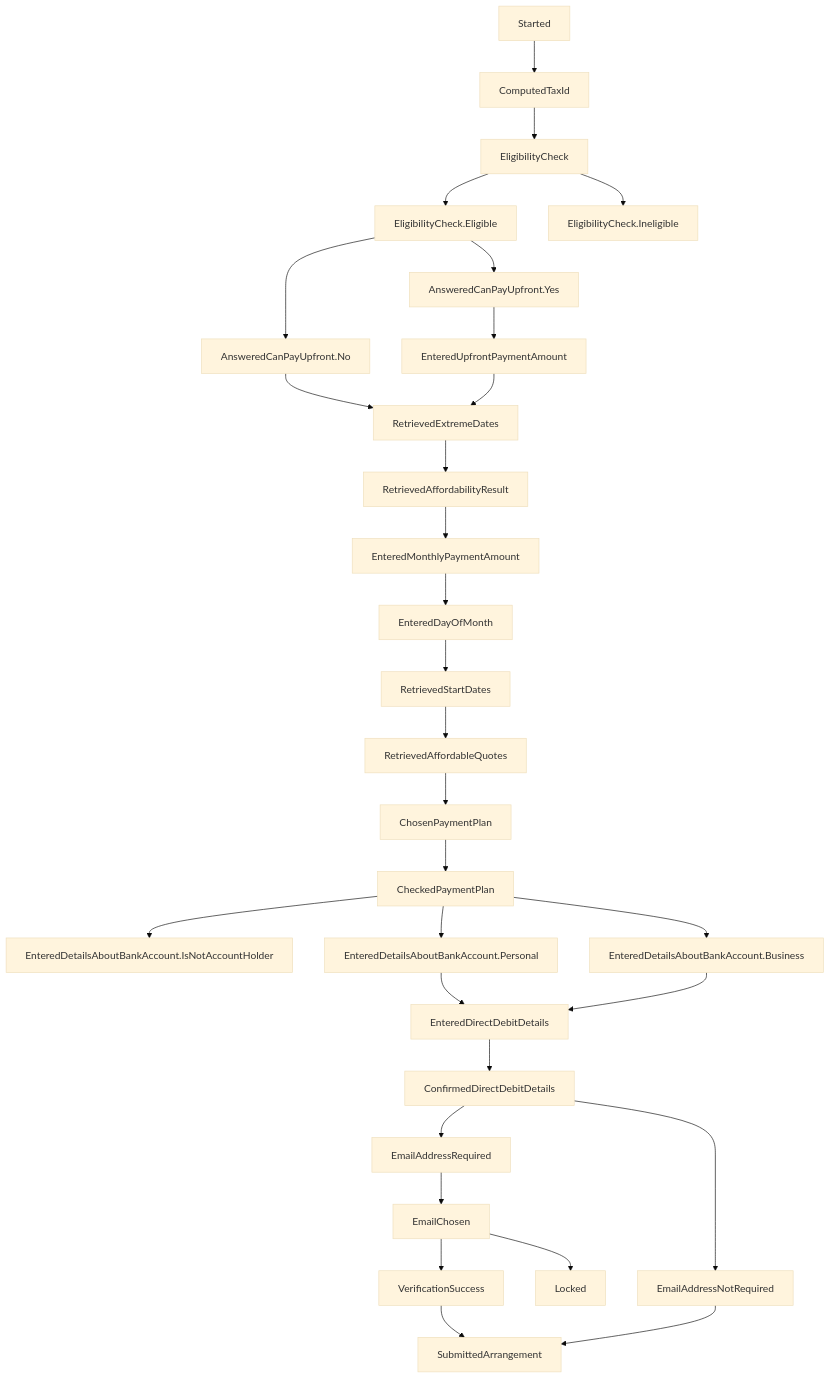
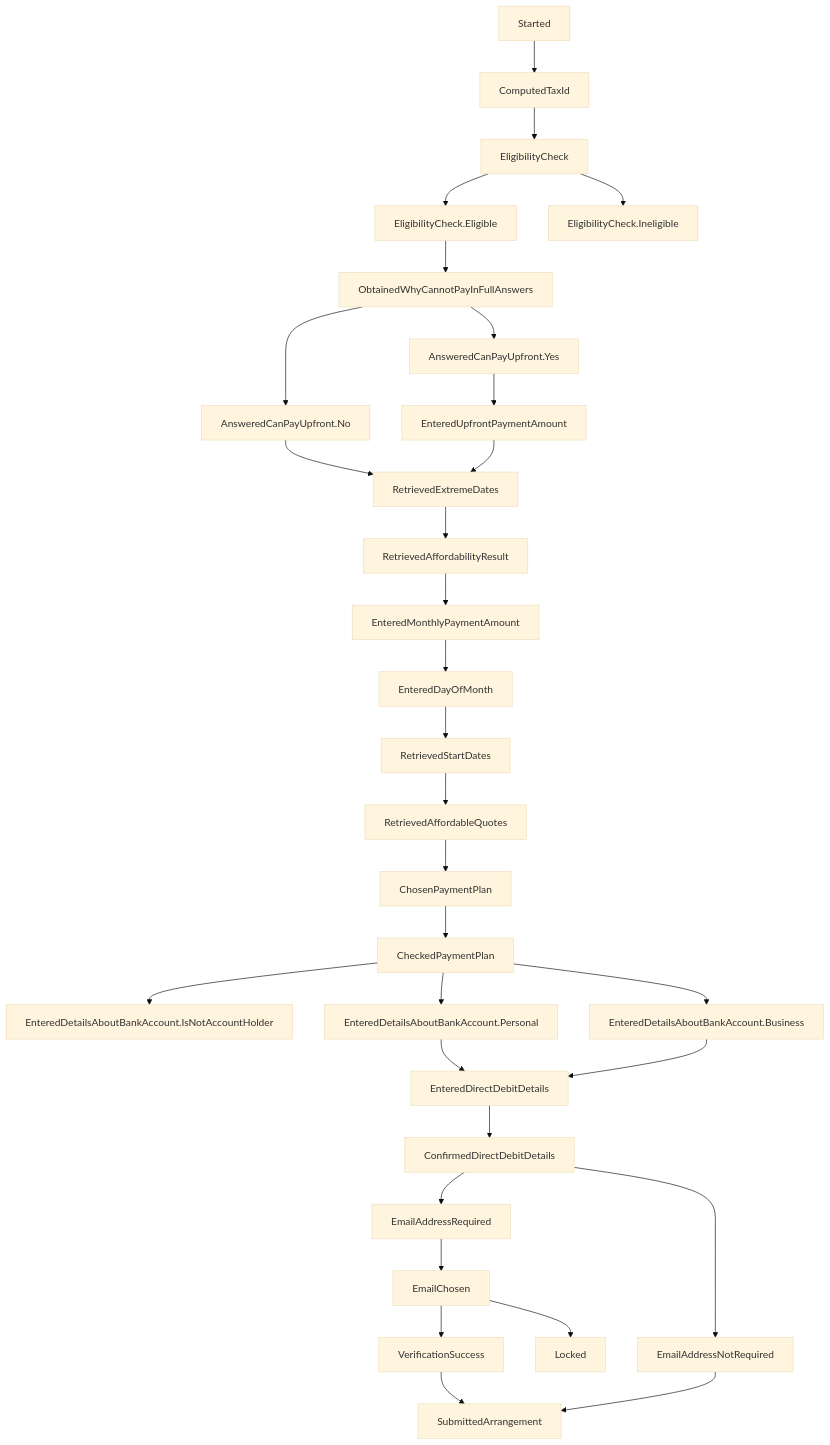
The diagram in README.md (hmrc/essttp-backend), drawn with Mermaid (base theme) before and after one commit. The commit also changed 40 other files, not shown here.

Commit message:
[AC][OPS-12449] add why cannot pay in full in journey (#158)

````diff
--- a/README.md
+++ b/README.md
@@ -38,31 +38,32 @@
 ```mermaid
 graph TD;
     Started --> ComputedTaxId;
     ComputedTaxId --> EligibilityCheck;
     EligibilityCheck --> EligibilityCheck.Eligible;
     EligibilityCheck --> EligibilityCheck.Ineligible;
-    EligibilityCheck.Eligible --> AnsweredCanPayUpfront.Yes;
-    EligibilityCheck.Eligible --> AnsweredCanPayUpfront.No;
+    EligibilityCheck.Eligible --> ObtainedWhyCannotPayInFullAnswers;
+    ObtainedWhyCannotPayInFullAnswers --> AnsweredCanPayUpfront.Yes;
+    ObtainedWhyCannotPayInFullAnswers --> AnsweredCanPayUpfront.No;
     AnsweredCanPayUpfront.No --> RetrievedExtremeDates;
     AnsweredCanPayUpfront.Yes --> EnteredUpfrontPaymentAmount --> RetrievedExtremeDates;
     RetrievedExtremeDates --> RetrievedAffordabilityResult;
     RetrievedAffordabilityResult --> EnteredMonthlyPaymentAmount;
     EnteredMonthlyPaymentAmount --> EnteredDayOfMonth;
     EnteredDayOfMonth --> RetrievedStartDates;
     RetrievedStartDates --> RetrievedAffordableQuotes;
     RetrievedAffordableQuotes --> ChosenPaymentPlan;
     ChosenPaymentPlan --> CheckedPaymentPlan;
     CheckedPaymentPlan --> EnteredDetailsAboutBankAccount.IsNotAccountHolder;
     CheckedPaymentPlan --> EnteredDetailsAboutBankAccount.Personal;
     CheckedPaymentPlan --> EnteredDetailsAboutBankAccount.Business;
     EnteredDetailsAboutBankAccount.Personal --> EnteredDirectDebitDetails;
     EnteredDetailsAboutBankAccount.Business --> EnteredDirectDebitDetails;
     EnteredDirectDebitDetails --> ConfirmedDirectDebitDetails;
     ConfirmedDirectDebitDetails --> EmailAddressRequired;
     ConfirmedDirectDebitDetails --> EmailAddressNotRequired;
     EmailAddressRequired --> EmailChosen;
     EmailChosen --> Locked;
     EmailChosen --> VerificationSuccess;
     VerificationSuccess --> SubmittedArrangement;
     EmailAddressNotRequired --> SubmittedArrangement;
 ```
````
